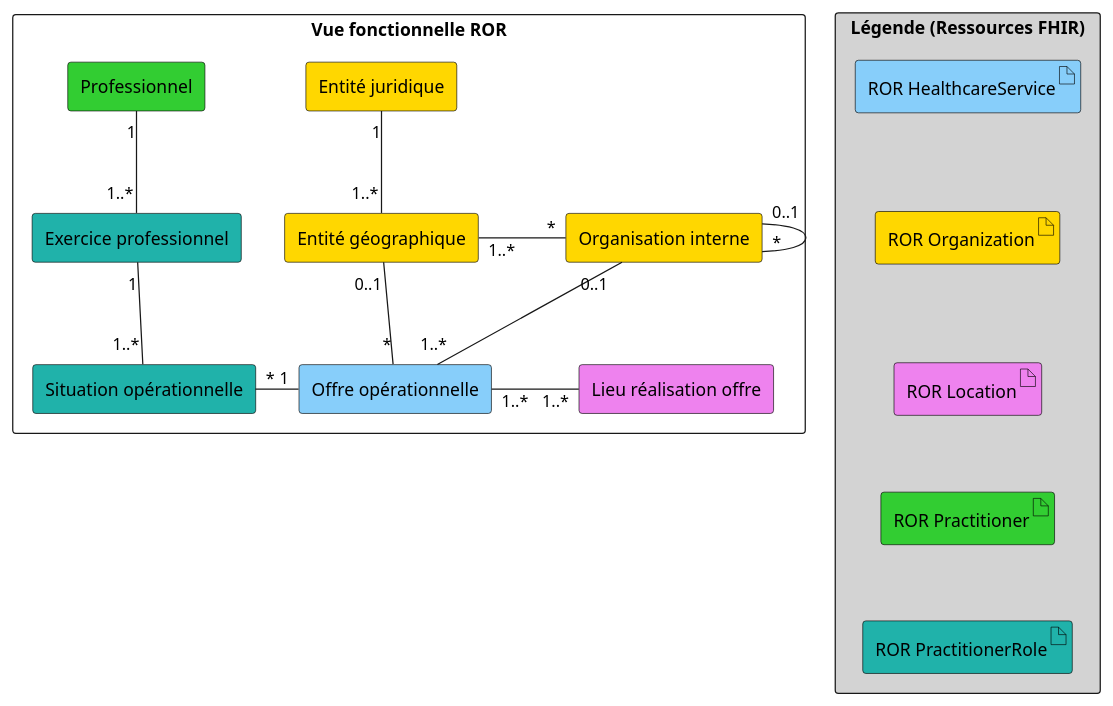
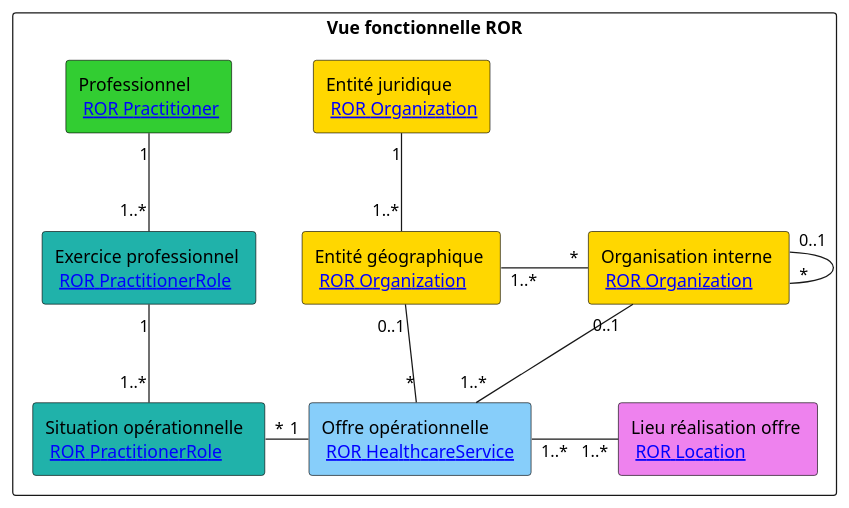
Before and after one commit to ansforge/IG-fhir-repertoire-offre-ressources-sante: the diagram in input/images-source/vue-fonctionnelle-fhir.plantuml, drawn with PlantUML. The commit also changed 4 other files, not shown here.

```diff
--- a/input/images-source/vue-fonctionnelle-fhir.plantuml
+++ b/input/images-source/vue-fonctionnelle-fhir.plantuml
@@ -1,56 +1,35 @@
 @startuml
 
 'Declaration des éléments
 rectangle "Vue fonctionnelle ROR" {
 
-    rectangle "Offre opérationnelle" as Offre #LightSkyBlue;line:Black;text:Black
+    rectangle "Offre opérationnelle \n [[StructureDefinition-ror-healthcareservice.html ROR HealthcareService]] " as Offre#LightSkyBlue;line:Black;text:Black
 
-    rectangle "Entité juridique" as EJ #Gold;line:Black;text:Black
+    rectangle "Entité juridique \n [[StructureDefinition-ror-organization.html ROR Organization]]" as EJ #Gold;line:Black;text:Black
 
-    rectangle "Entité géographique" as EG #Gold;line:Black;text:Black
+    rectangle "Entité géographique \n [[StructureDefinition-ror-organization.html ROR Organization]]" as EG #Gold;line:Black;text:Black
 
-    rectangle "Organisation interne" as OI #Gold;line:Black;text:Black
+    rectangle "Organisation interne \n [[StructureDefinition-ror-organization.html ROR Organization]]" as OI #Gold;line:Black;text:Black
     
-    rectangle "Lieu réalisation offre" as Lieu #Violet;line:Black;text:Black
+    rectangle "Lieu réalisation offre \n [[StructureDefinition-ror-location.html ROR Location]]" as Lieu #Violet;line:Black;text:Black
 
-    rectangle "Professionnel" as Professionnel #LimeGreen;line:Black;text:Black
+    rectangle "Professionnel \n [[StructureDefinition-ror-practitioner.html ROR Practitioner]]" as Professionnel #LimeGreen;line:Black;text:Black
 
-    rectangle "Situation opérationnelle" as SO #LightSeaGreen;line:Black;text:Black
+    rectangle "Situation opérationnelle  \n [[StructureDefinition-ror-practitionerrole.html ROR PractitionerRole]]" as SO #LightSeaGreen;line:Black;text:Black
 
-    rectangle "Exercice professionnel" as Ex  #LightSeaGreen;line:Black;text:Black
+    rectangle "Exercice professionnel \n [[StructureDefinition-ror-practitionerrole.html ROR PractitionerRole]]" as Ex  #LightSeaGreen;line:Black;text:Black
 
 }
 
 'Liens entre éléments
 EJ "1"--"1..*" EG : "      " 
 EG "1..*"-"*" OI : "          "
 EG "0..1"--"*" Offre : "      "
 OI "0..1"--"1..*" Offre
 OI "0..1"-"*" OI
 Offre "1..*"-"1..*" Lieu : "          "
 SO "*"-"1" Offre
 Ex "1"--"1..*" SO
 Professionnel "1"--"1..*" Ex
 
-'Légende
-
-rectangle "Légende (Ressources FHIR)" #LightGrey {
-    artifact "ROR HealthcareService" as healthcareservice #LightSkyBlue;line:Black;text:Black
-    artifact "ROR Location" as location #Violet;line:Black;text:Black
-    artifact "ROR Organization" as organization #Gold;line:Black;text:Black
-    artifact "ROR Practitioner" as practitioner #LimeGreen;line:Black;text:Black
-    artifact "ROR PractitionerRole" as practitionerrole #LightSeaGreen;line:black;text:Black
-}
-
-healthcareservice -[hidden]- organization
-organization -[hidden]- location
-location -[hidden]- practitioner
-practitioner -[hidden]- practitionerrole
-
-url of healthcareservice [[StructureDefinition-ror-healthcareservice.html]]
-url of location [[StructureDefinition-ror-location.html]]
-url of organization [[StructureDefinition-ror-organization.html]]
-url of practitioner [[StructureDefinition-ror-practitioner.html]]
-url of practitionerrole [[StructureDefinition-ror-practitionerrole.html]] 
-
 @enduml
```
